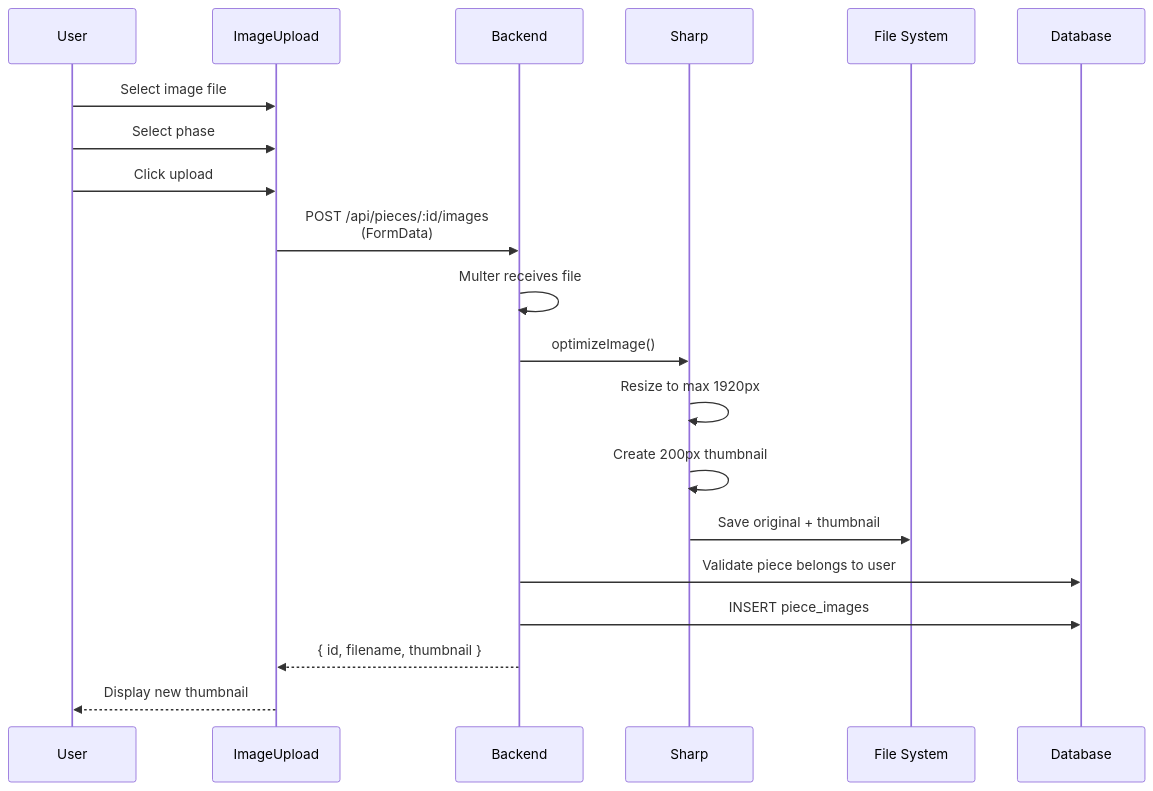
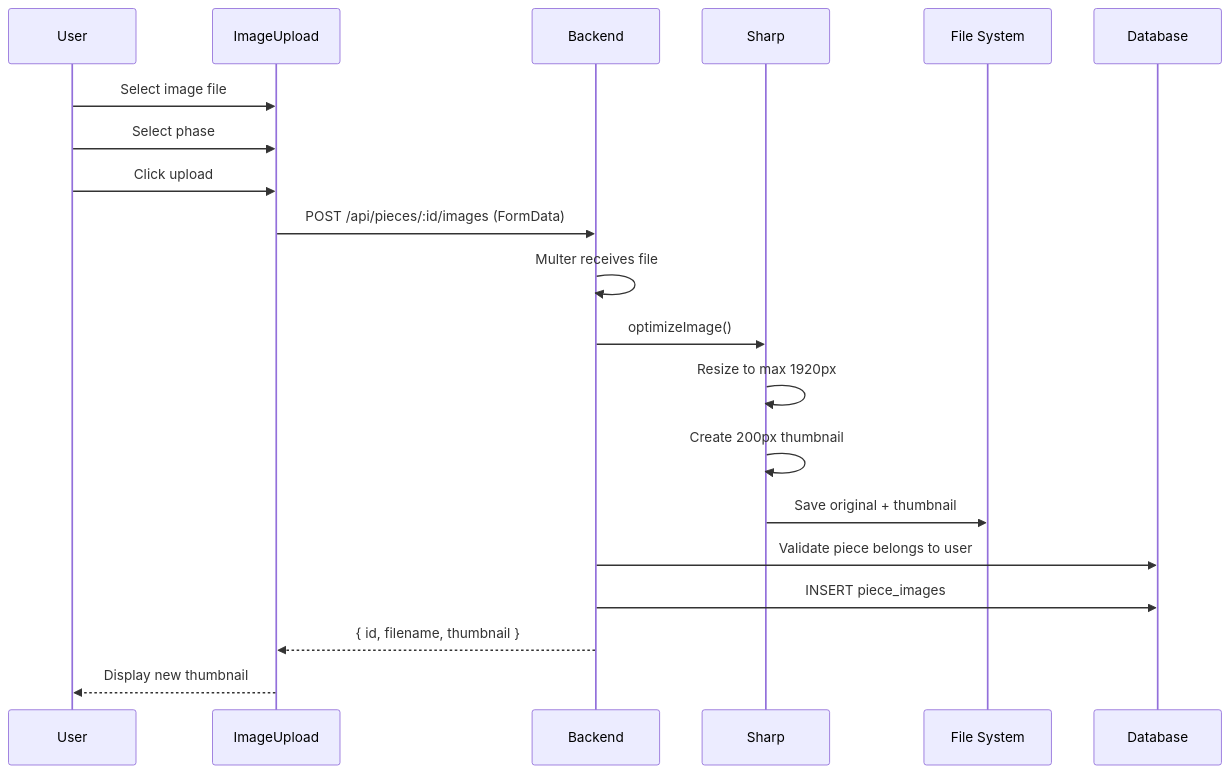
The fifth of 8 diagrams in ARCHITECTURE-DIAGRAMS.md (CruzerUzer/PotteryTracker), drawn with Mermaid before and after one commit. The commit also changed other lines of this file, not shown here.

First line of the commit message:
Fix Mermaid syntax errors in architecture diagrams

````diff
--- a/ARCHITECTURE-DIAGRAMS.md
+++ b/ARCHITECTURE-DIAGRAMS.md
@@ -204,27 +204,27 @@
 ```mermaid
 sequenceDiagram
     participant U as User
     participant IU as ImageUpload
     participant B as Backend
     participant Sharp as Sharp
     participant FS as File System
     participant DB as Database
 
     U->>IU: Select image file
     U->>IU: Select phase
     U->>IU: Click upload
 
-    IU->>B: POST /api/pieces/:id/images<br/>(FormData)
+    IU->>B: POST /api/pieces/:id/images (FormData)
 
     B->>B: Multer receives file
     B->>Sharp: optimizeImage()
     Sharp->>Sharp: Resize to max 1920px
     Sharp->>Sharp: Create 200px thumbnail
     Sharp->>FS: Save original + thumbnail
 
     B->>DB: Validate piece belongs to user
     B->>DB: INSERT piece_images
     B-->>IU: { id, filename, thumbnail }
 
     IU-->>U: Display new thumbnail
 ```
````
